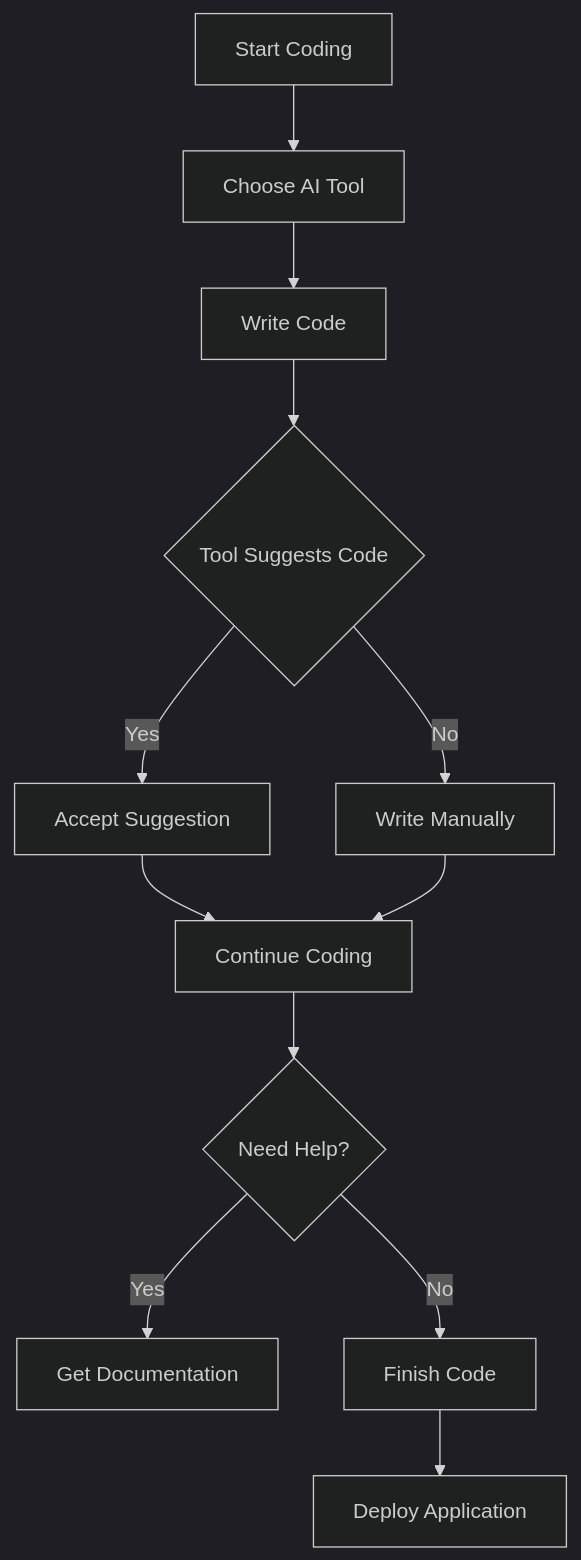
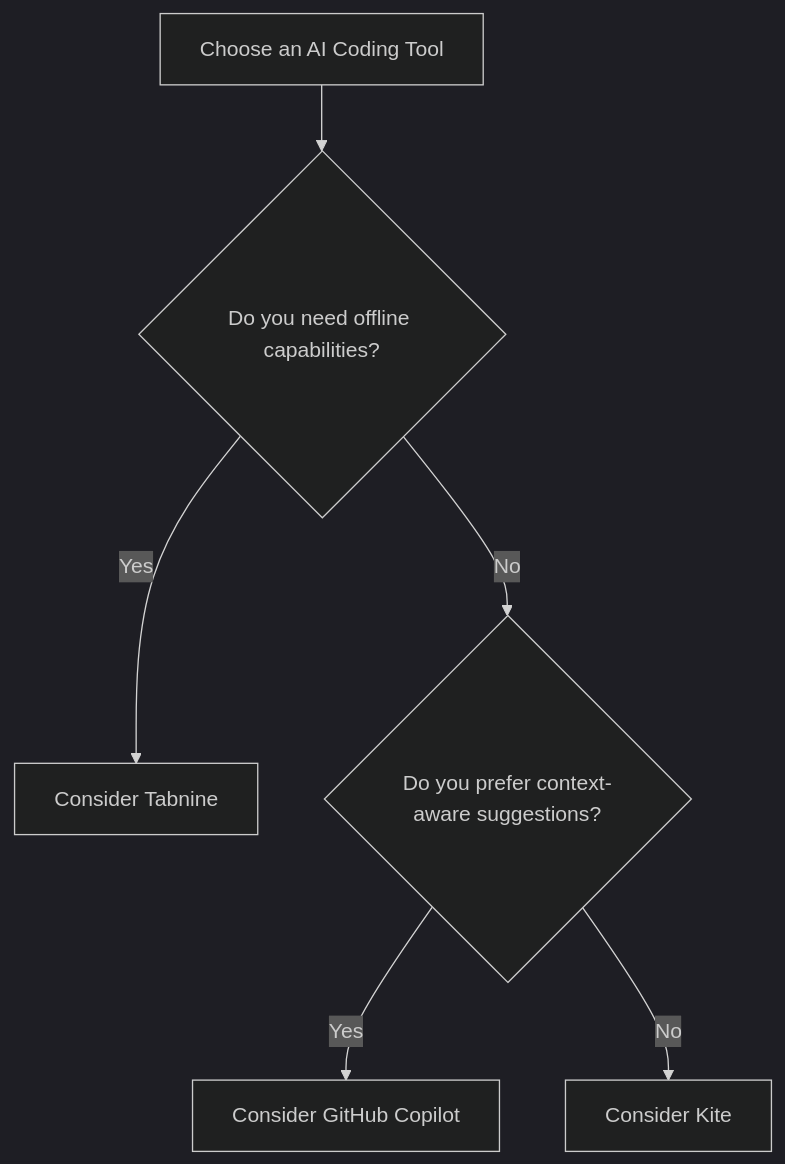
The diagram in content/posts/top-ai-coding-tools-transforming-software-development.md (ai-tools-lab/ai-tools-lab.github.io), drawn with Mermaid (dark theme) before and after one commit. The commit also changed other lines of this file and 36 other files, not shown here.

````diff
--- a/content/posts/top-ai-coding-tools-transforming-software-development.md
+++ b/content/posts/top-ai-coding-tools-transforming-software-development.md
@@ -156,14 +134,8 @@
 ```mermaid
 graph TD;
-    A[Start Coding] --> B[Choose AI Tool];
-    B --> C[Write Code];
-    C --> D{Tool Suggests Code};
-    D -->|Yes| E[Accept Suggestion];
-    D -->|No| F[Write Manually];
-    E --> G[Continue Coding];
-    F --> G;
-    G --> H{Need Help?};
-    H -->|Yes| I[Get Documentation];
-    H -->|No| J[Finish Code];
-    J --> K[Deploy Application];
+    A[Choose an AI Coding Tool] --> B{Do you need offline capabilities?}
+    B -->|Yes| C[Consider Tabnine]
+    B -->|No| D{Do you prefer context-aware suggestions?}
+    D -->|Yes| E[Consider GitHub Copilot]
+    D -->|No| F[Consider Kite]
 ```
````
